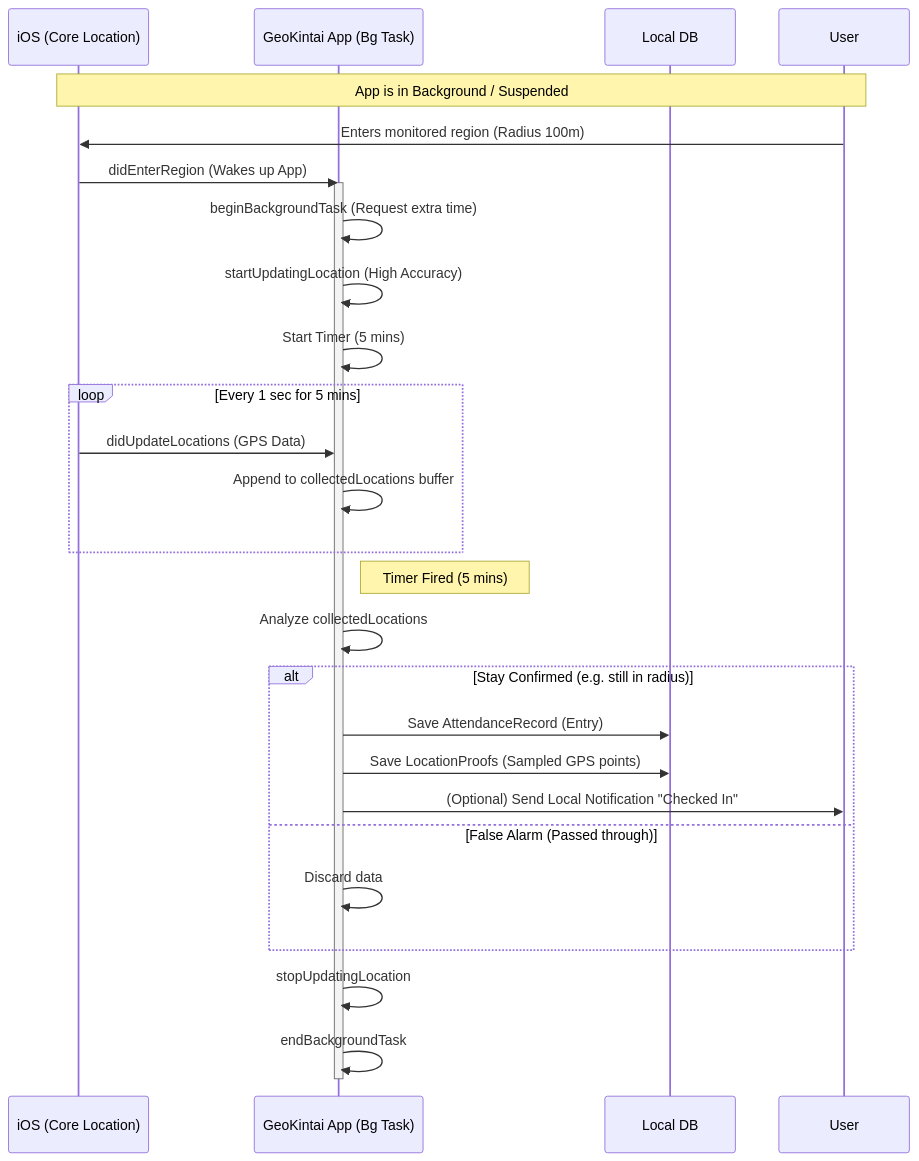
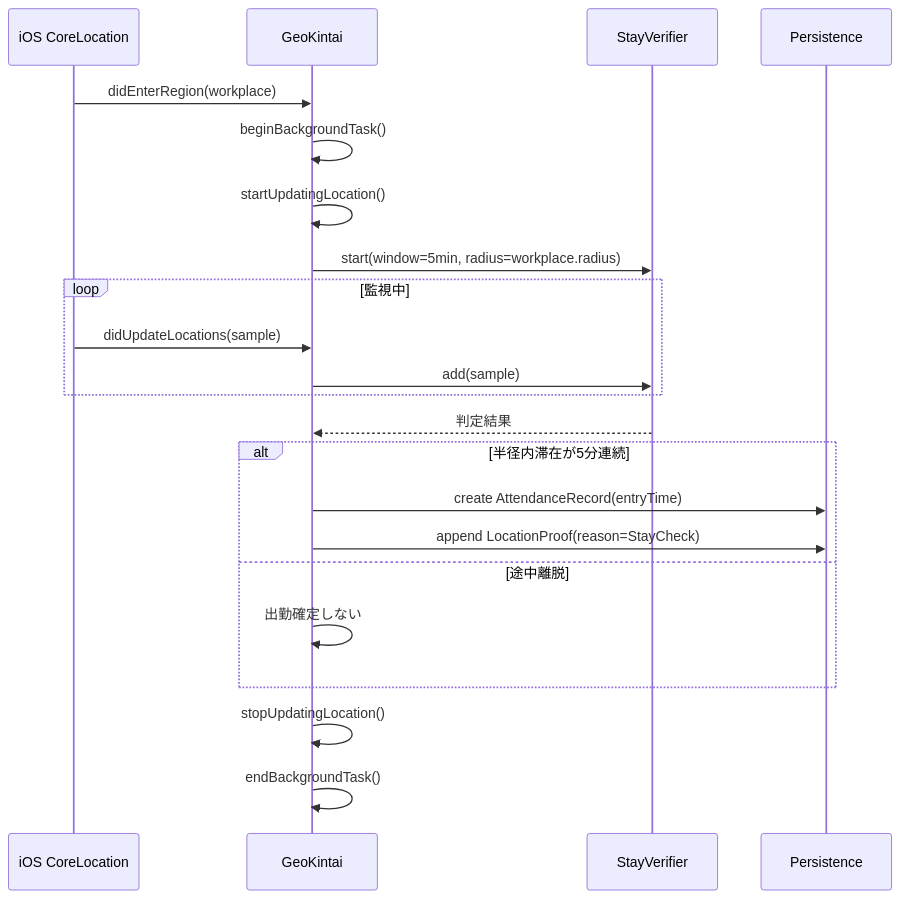
The first of 4 diagrams in docs/logic_flow.md (K0mork/GeoKintai), drawn with Mermaid before and after one commit. The commit also changed other lines of this file and 14 other files, not shown here.

````diff
--- a/docs/logic_flow.md
+++ b/docs/logic_flow.md
@@ -7,38 +8,28 @@
 ```mermaid
 sequenceDiagram
-    participant OS as iOS (Core Location)
-    participant App as GeoKintai App (Bg Task)
-    participant CoreData as Local DB
-    participant User
+    participant OS as iOS CoreLocation
+    participant App as GeoKintai
+    participant Verifier as StayVerifier
+    participant DB as Persistence
 
-    Note over OS, User: App is in Background / Suspended
+    OS->>App: didEnterRegion(workplace)
+    App->>App: beginBackgroundTask()
+    App->>App: startUpdatingLocation()
+    App->>Verifier: start(window=5min, radius=workplace.radius)
 
-    User->>OS: Enters monitored region (Radius 100m)
-    OS->>App: didEnterRegion (Wakes up App)
-    
-    activate App
-    App->>App: beginBackgroundTask (Request extra time)
-    App->>App: startUpdatingLocation (High Accuracy)
-    App->>App: Start Timer (5 mins)
-    
-    loop Every 1 sec for 5 mins
-        OS->>App: didUpdateLocations (GPS Data)
-        App->>App: Append to collectedLocations buffer
+    loop 監視中
+        OS->>App: didUpdateLocations(sample)
+        App->>Verifier: add(sample)
     end
-    
-    Note right of App: Timer Fired (5 mins)
-    
-    App->>App: Analyze collectedLocations
-    
-    alt Stay Confirmed (e.g. still in radius)
-        App->>CoreData: Save AttendanceRecord (Entry)
-        App->>CoreData: Save LocationProofs (Sampled GPS points)
-        App->>User: (Optional) Send Local Notification "Checked In"
-    else False Alarm (Passed through)
-        App->>App: Discard data
+
+    Verifier-->>App: 判定結果
+    alt 半径内滞在が5分連続
+        App->>DB: create AttendanceRecord(entryTime)
+        App->>DB: append LocationProof(reason=StayCheck)
+    else 途中離脱
+        App->>App: 出勤確定しない
     end
-    
-    App->>App: stopUpdatingLocation
-    App->>App: endBackgroundTask
-    deactivate App
+
+    App->>App: stopUpdatingLocation()
+    App->>App: endBackgroundTask()
 ```
````
